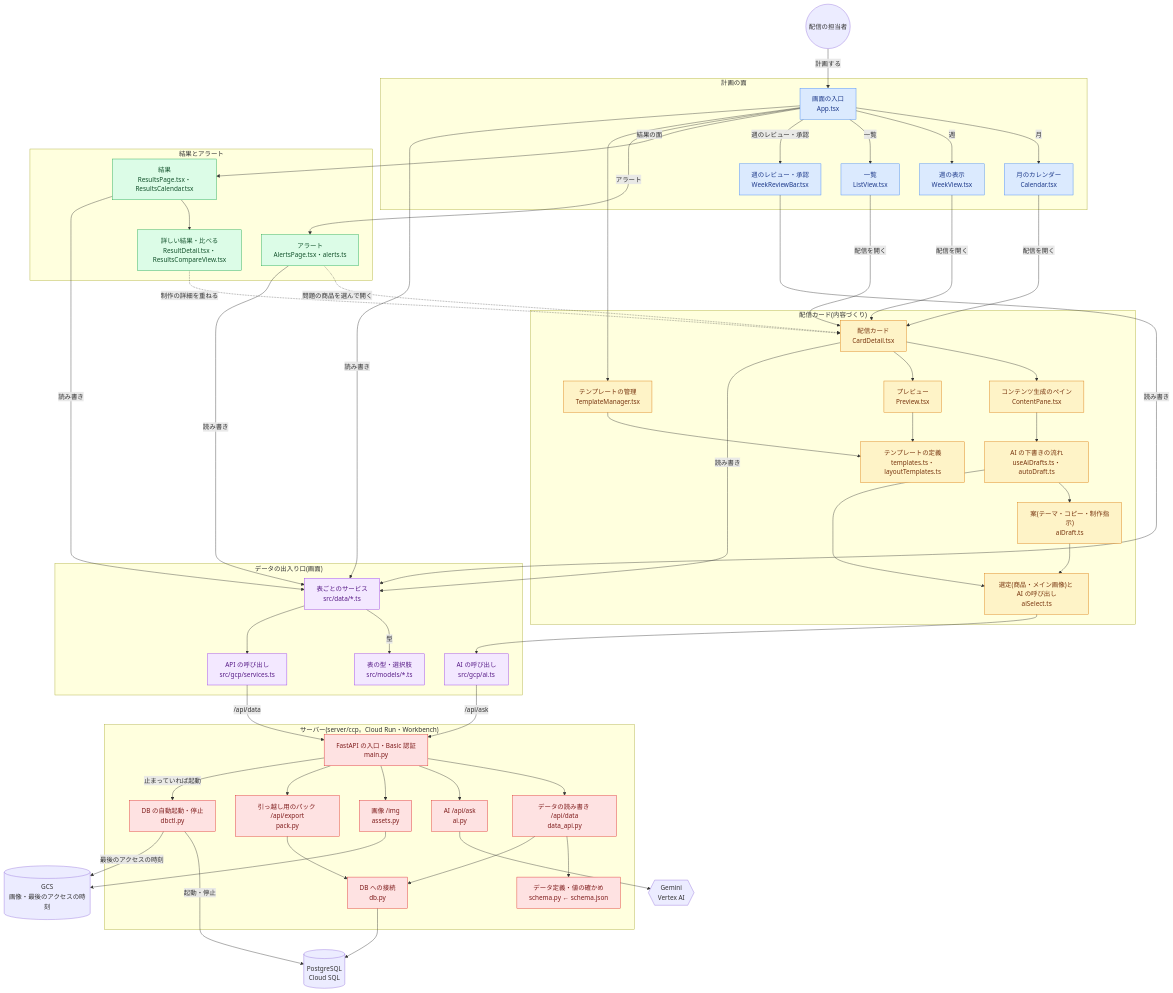
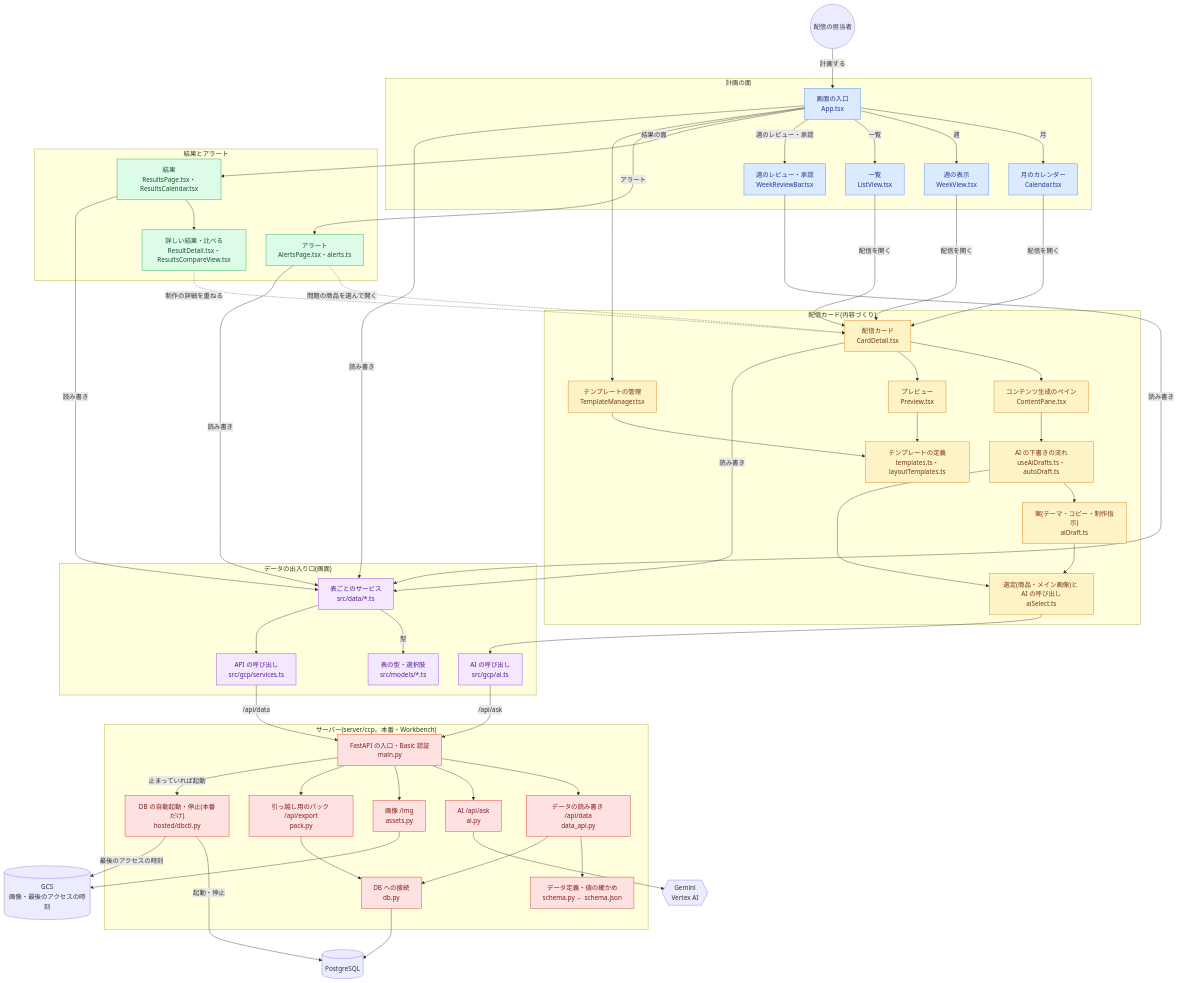
One commit to audeoinc/ccp changed the diagram in docs/SOURCE_MAP.md. Above: the diagram before and after it, drawn with Mermaid. The commit also changed other lines of this file and 45 other files, not shown here.

First line of the commit message:
feat: 利用先に渡す Workbench 版のリリース ZIP(npm run release:workbench)

````diff
--- a/docs/SOURCE_MAP.md
+++ b/docs/SOURCE_MAP.md
@@ -72,18 +72,20 @@
         aiclient["AI の呼び出し<br/>src/gcp/ai.ts"]
     end
 
-    subgraph server["サーバー(server/ccp。Cloud Run・Workbench)"]
+    subgraph server["サーバー(server/ccp。本番・Workbench)"]
         main["FastAPI の入口・Basic 認証<br/>main.py"]
         dataapi["データの読み書き /api/data<br/>data_api.py"]
         schema["データ定義・値の確かめ<br/>schema.py ← schema.json"]
         db["DB への接続<br/>db.py"]
         aiapi["AI /api/ask<br/>ai.py"]
-        dbctl["DB の自動起動・停止<br/>dbctl.py"]
+        %% hosted:begin
+        dbctl["DB の自動起動・停止(本番だけ)<br/>hosted/dbctl.py"]
+        %% hosted:end
         assets["画像 /img<br/>assets.py"]
         pack["引っ越し用のパック /api/export<br/>pack.py"]
     end
 
-    pg[("PostgreSQL<br/>Cloud SQL")]
+    pg[("PostgreSQL")]
     gcs[("GCS<br/>画像・最後のアクセスの時刻")]
     gemini{{"Gemini<br/>Vertex AI"}}
 
@@ -120,15 +122,19 @@
     main --> aiapi
     main --> assets
     main --> pack
+    %% hosted:begin
     main -->|止まっていれば起動| dbctl
+    %% hosted:end
     dataapi --> schema
     dataapi --> db
     pack --> db
     db --> pg
     aiapi --> gemini
     assets --> gcs
+    %% hosted:begin
     dbctl -->|起動・停止| pg
     dbctl -->|最後のアクセスの時刻| gcs
+    %% hosted:end
 
     classDef ui fill:#dbeafe,stroke:#3b82f6,color:#1e3a8a
     classDef auth fill:#fef3c7,stroke:#d97706,color:#78350f
@@ -139,5 +145,8 @@
     class card,content,preview,drafts,aidraft,aiselect,tmgr,tdef auth
     class results,resdetail,alerts ins
     class svc,models,client,aiclient dat
-    class main,dataapi,schema,db,aiapi,dbctl,assets,pack srv
+    class main,dataapi,schema,db,aiapi,assets,pack srv
+    %% hosted:begin
+    class dbctl srv
+    %% hosted:end
 ```
````
